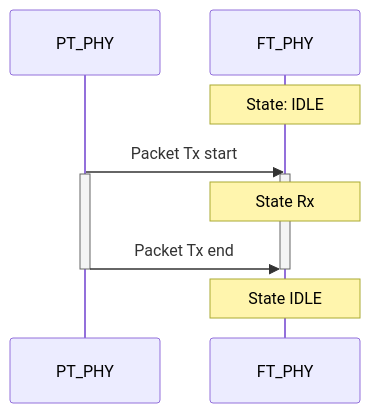
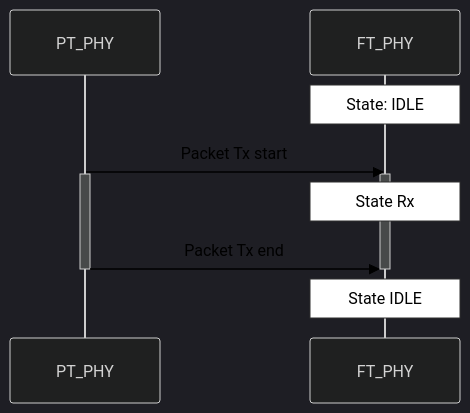
One commit to Opener-Initiative/dect-nr-ext changed the first of 3 diagrams in DECT NR+ - Obsidian/DECT NR+.md. Above: the diagram before and after it, drawn with Mermaid. The commit also changed other lines of this file and 3 other files, not shown here.

````diff
--- a/DECT NR+ - Obsidian/DECT NR+.md
+++ b/DECT NR+ - Obsidian/DECT NR+.md
@@ -40,16 +40,30 @@
 ```mermaid
+---
+config:
+  theme: dark
+  look: classic
+  sequence:
+    actorMargin: 150
+  themeVariables:
+    primaryTextColor: "#ffffff"
+    noteBkgColor: "#ffffff"
+    noteTextColor: "#000000"
+    signalColor: "#000000"
+    signalTextColor: "#000000"
+    loopTextColor: "#000000"
+---
 sequenceDiagram
 
 participant PT_PHY
 participant FT_PHY
 
 Note over FT_PHY: State: IDLE
 PT_PHY ->> FT_PHY: Packet Tx start
 activate PT_PHY
 activate FT_PHY
 Note over FT_PHY: State Rx
 PT_PHY ->> FT_PHY: Packet Tx end
 deactivate PT_PHY
 deactivate FT_PHY
 Note over FT_PHY: State IDLE
 ```
````
